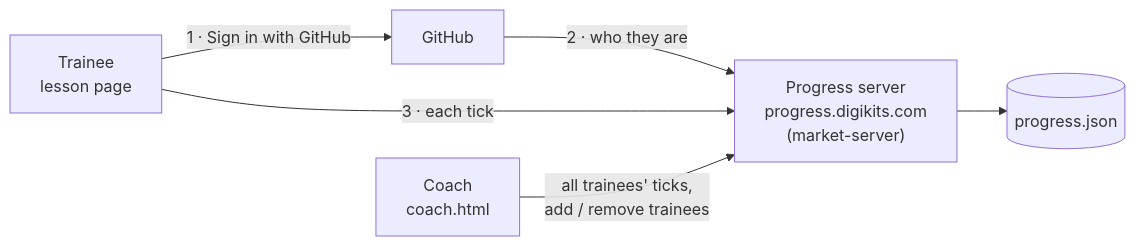
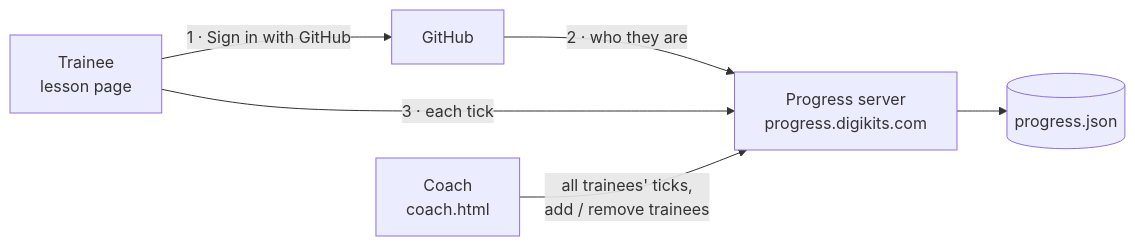
One commit to wdigi/tony changed the diagram in progress-server/README.md. Above: the diagram before and after it, drawn with Mermaid. The commit also changed other lines of this file and 11 other files, not shown here.

````diff
--- a/progress-server/README.md
+++ b/progress-server/README.md
@@ -5,8 +5,8 @@
 ```mermaid
 flowchart LR
   T["Trainee<br/>lesson page"] -- "1 · Sign in with GitHub" --> G["GitHub"]
-  G -- "2 · who they are" --> S["Progress server<br/>progress.digikits.com<br/>(market-server)"]
+  G -- "2 · who they are" --> S["Progress server<br/>progress.digikits.com"]
   T -- "3 · each tick" --> S
   S --> D[("progress.json")]
   C["Coach<br/>coach.html"] -- "all trainees' ticks,<br/>add / remove trainees" --> S
 ```
````
